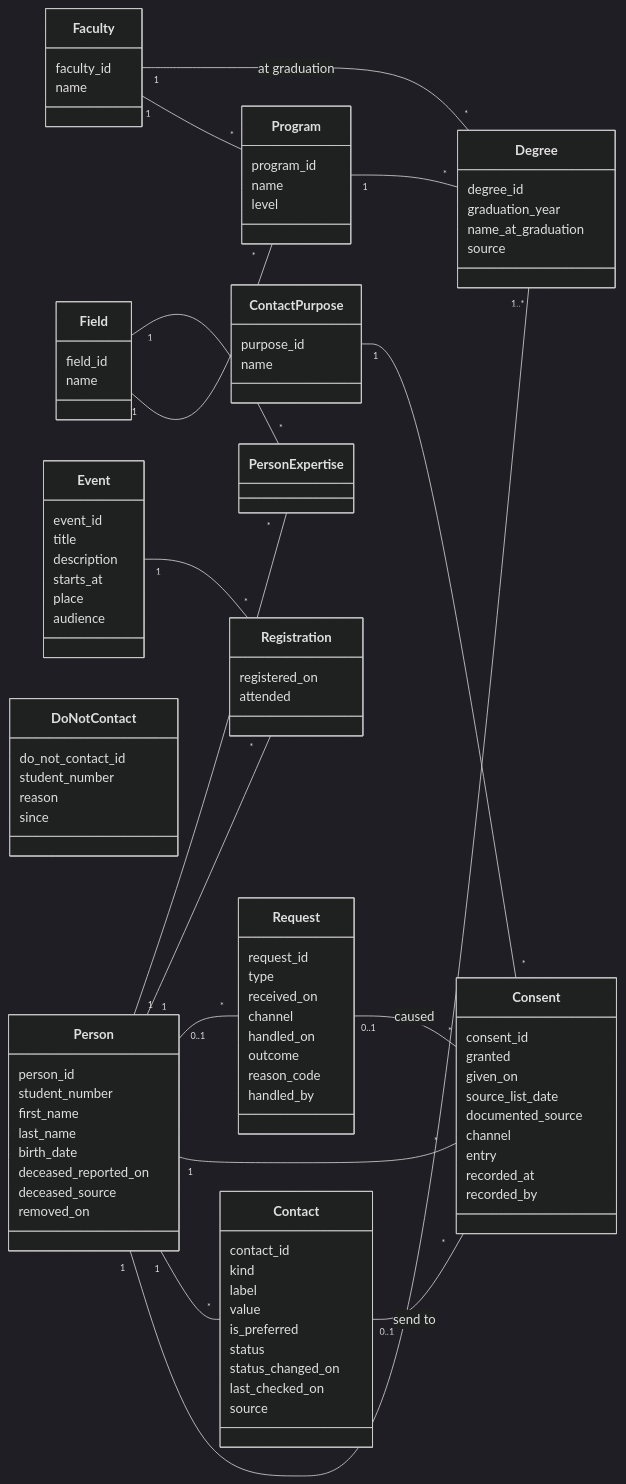
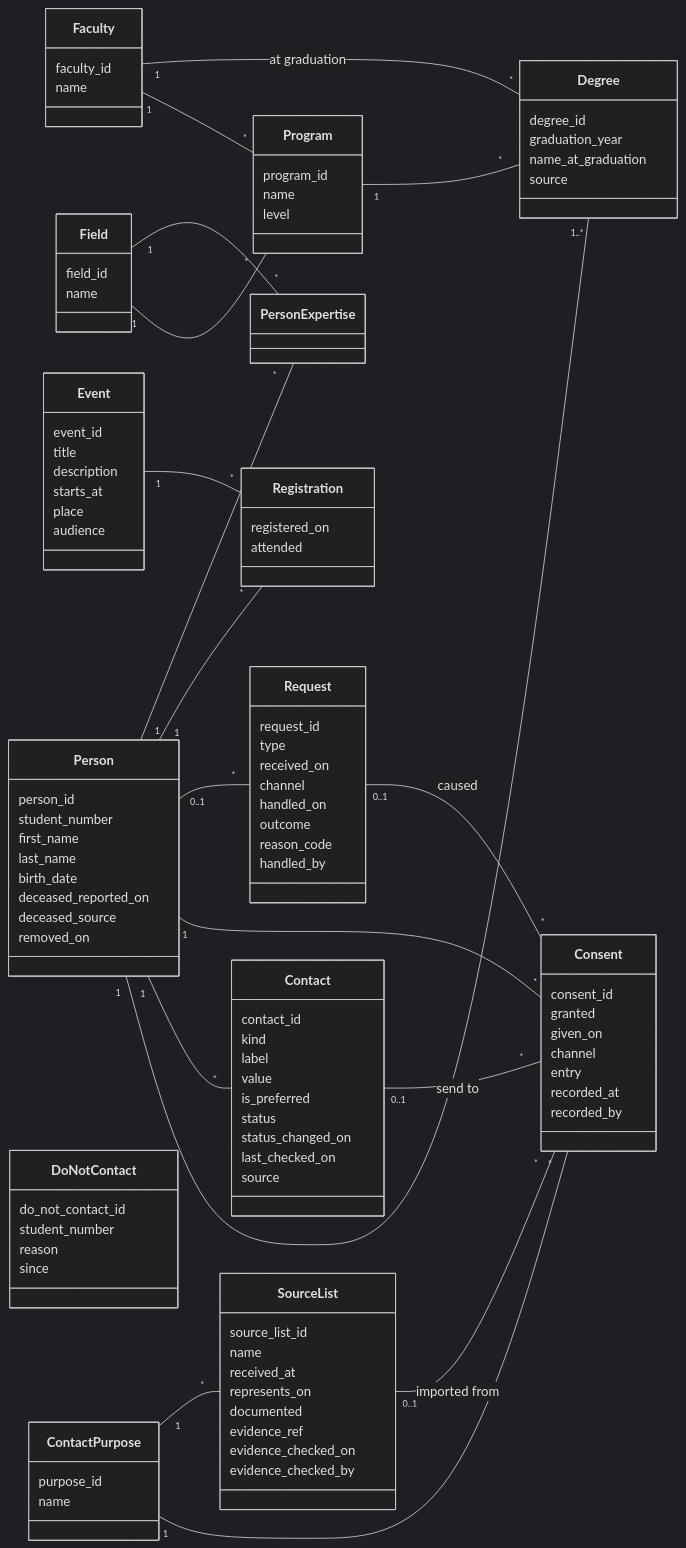
The diagram in docs/model.md (chegrane/val-lumiere-alumni), drawn with Mermaid (dark theme) before and after one commit. The commit also changed other lines of this file and 3 other files, not shown here.

First line of the commit message:
SourceList (D-028): imported consent lists described once; consent SQL fixed

```diff
--- a/docs/model.md
+++ b/docs/model.md
@@ -69,8 +69,6 @@
     consent_id
     granted
     given_on
-    source_list_date
-    documented_source
     channel
     entry
     recorded_at
@@ -105,6 +103,16 @@
     attended
   }
   class PersonExpertise
+  class SourceList {
+    source_list_id
+    name
+    received_at
+    represents_on
+    documented
+    evidence_ref
+    evidence_checked_on
+    evidence_checked_by
+  }
 
   Faculty "1" -- "*" Program
   Faculty "1" -- "*" Degree : at graduation
@@ -116,6 +124,8 @@
   ContactPurpose "1" -- "*" Consent
   Contact "0..1" -- "*" Consent : send to
   Request "0..1" -- "*" Consent : caused
+  SourceList "0..1" -- "*" Consent : imported from
+  ContactPurpose "1" -- "*" SourceList
   Person "0..1" -- "*" Request
   Person "1" -- "*" Registration
   Event "1" -- "*" Registration
```
